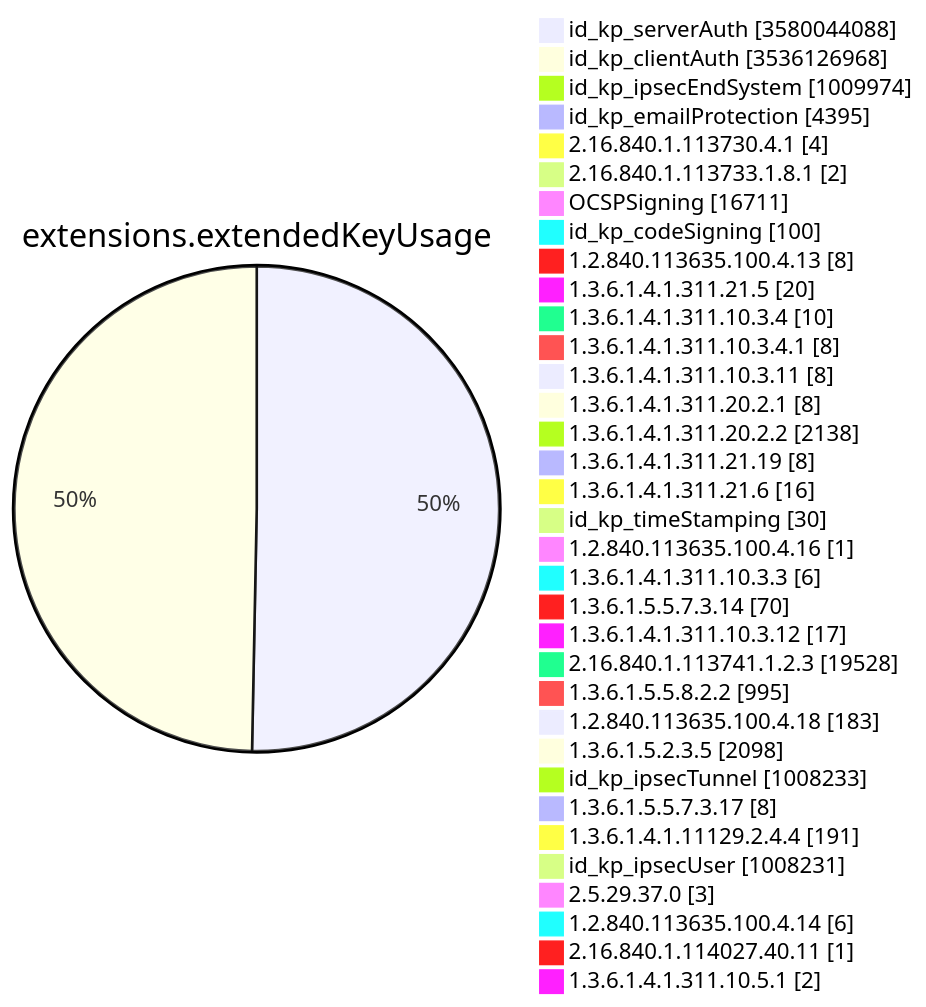
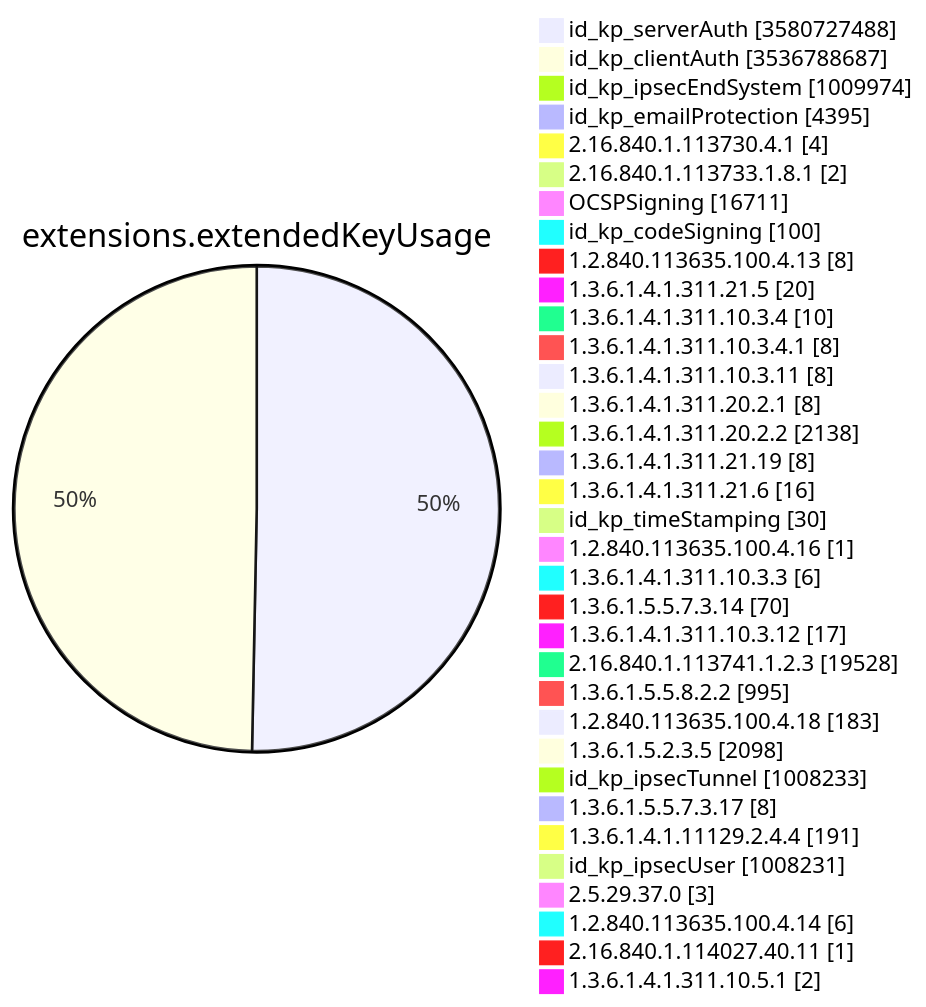
Before and after one commit to christiankrug/ctmonitor_visualization: diagram 11 of 15 in TOTAL/README.md, drawn with Mermaid. The commit also changed other lines of this file, not shown here.

````diff
--- a/TOTAL/README.md
+++ b/TOTAL/README.md
@@ -4128,38 +4128,38 @@
 ```mermaid
 pie showData
 title extensions.extendedKeyUsage
-"id_kp_serverAuth" :3580044088
-"id_kp_clientAuth" :3536126968
+"id_kp_serverAuth" :3580727488
+"id_kp_clientAuth" :3536788687
 "id_kp_ipsecEndSystem" :1009974
 "id_kp_emailProtection" :4395
 "2.16.840.1.113730.4.1" :4
 "2.16.840.1.113733.1.8.1" :2
 "OCSPSigning" :16711
 "id_kp_codeSigning" :100
 "1.2.840.113635.100.4.13" :8
 "1.3.6.1.4.1.311.21.5" :20
 "1.3.6.1.4.1.311.10.3.4" :10
 "1.3.6.1.4.1.311.10.3.4.1" :8
 "1.3.6.1.4.1.311.10.3.11" :8
 "1.3.6.1.4.1.311.20.2.1" :8
 "1.3.6.1.4.1.311.20.2.2" :2138
 "1.3.6.1.4.1.311.21.19" :8
 "1.3.6.1.4.1.311.21.6" :16
 "id_kp_timeStamping" :30
 "1.2.840.113635.100.4.16" :1
 "1.3.6.1.4.1.311.10.3.3" :6
 "1.3.6.1.5.5.7.3.14" :70
 "1.3.6.1.4.1.311.10.3.12" :17
 "2.16.840.1.113741.1.2.3" :19528
 "1.3.6.1.5.5.8.2.2" :995
 "1.2.840.113635.100.4.18" :183
 "1.3.6.1.5.2.3.5" :2098
 "id_kp_ipsecTunnel" :1008233
 "1.3.6.1.5.5.7.3.17" :8
 "1.3.6.1.4.1.11129.2.4.4" :191
 "id_kp_ipsecUser" :1008231
 "2.5.29.37.0" :3
 "1.2.840.113635.100.4.14" :6
 "2.16.840.1.114027.40.11" :1
 "1.3.6.1.4.1.311.10.5.1" :2
 ```
````
